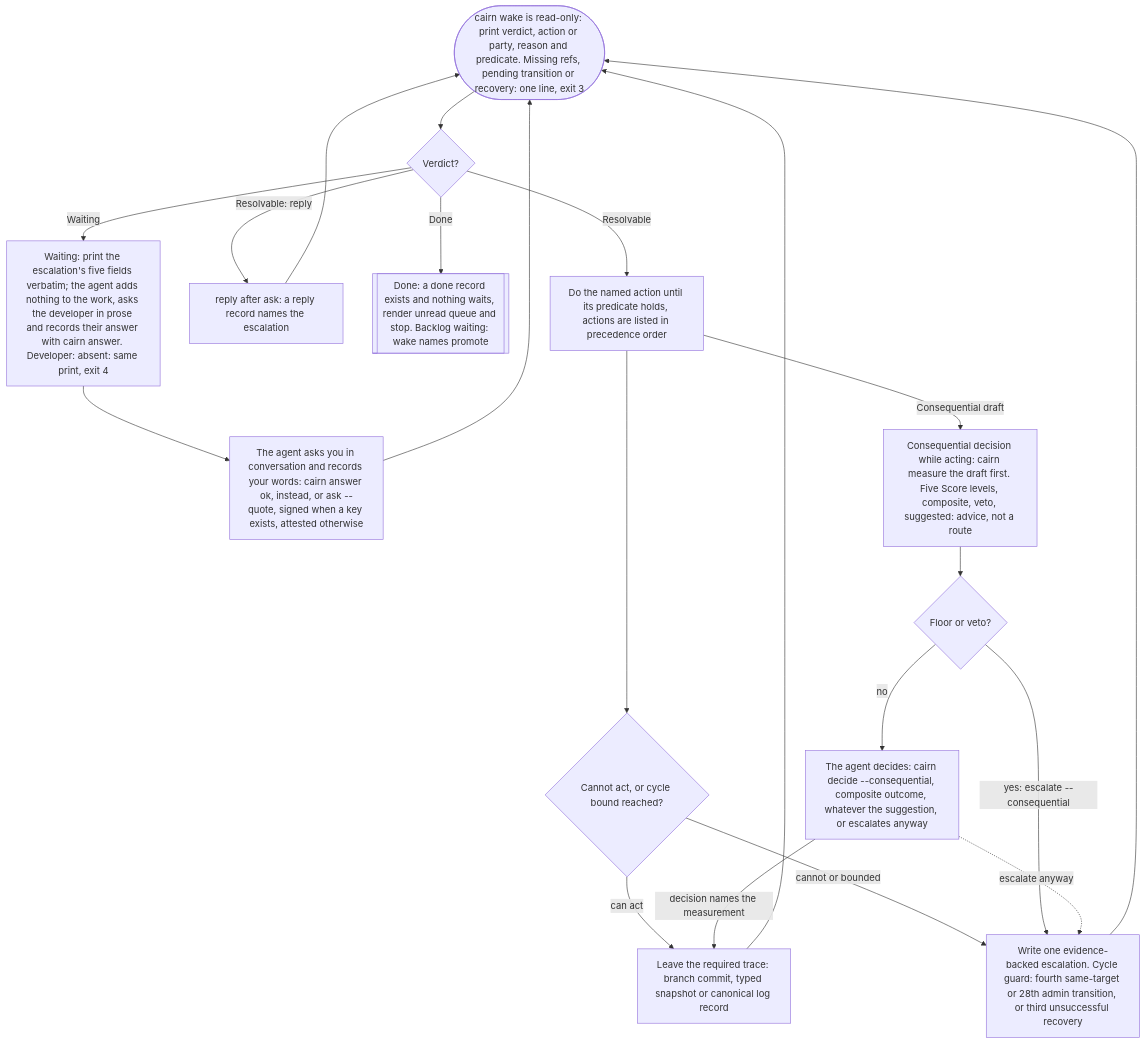
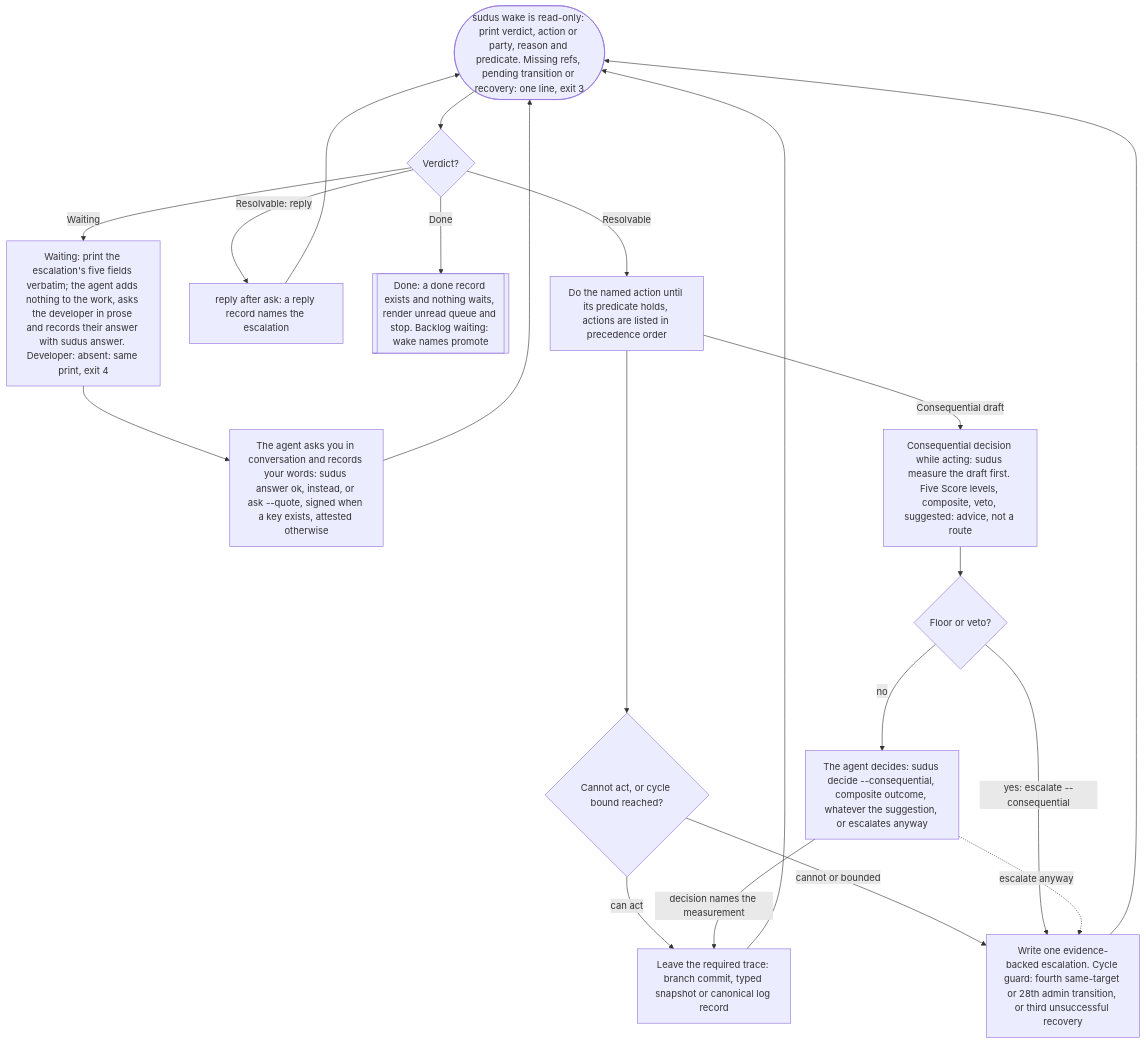
Before and after one commit to eas4ai/cairn: the diagram in README.md, drawn with Mermaid. The commit also changed other lines of this file and 103 other files, not shown here.

First line of the commit message:
Rename Cairn to Sudus across the command, plugins, skills, spec, docs and tests

````diff
--- a/README.md
+++ b/README.md
@@ -222,36 +222,36 @@
 ```mermaid
 flowchart TB
-  wake(["cairn wake is read-only: print verdict, action or party, reason and predicate. Missing refs, pending transition or recovery: one line, exit 3"])
+  wake(["sudus wake is read-only: print verdict, action or party, reason and predicate. Missing refs, pending transition or recovery: one line, exit 3"])
   verdict{"Verdict?"}
-  waiting["Waiting: print the escalation's five fields verbatim; the agent adds nothing to the work, asks the developer in prose and records their answer with cairn answer. Developer: absent: same print, exit 4"]
-  answer["The agent asks you in conversation and records your words: cairn answer ok, instead, or ask --quote, signed when a key exists, attested otherwise"]
+  waiting["Waiting: print the escalation's five fields verbatim; the agent adds nothing to the work, asks the developer in prose and records their answer with sudus answer. Developer: absent: same print, exit 4"]
+  answer["The agent asks you in conversation and records your words: sudus answer ok, instead, or ask --quote, signed when a key exists, attested otherwise"]
   reply["reply after ask: a reply record names the escalation"]
   stop[["Done: a done record exists and nothing waits, render unread queue and stop. Backlog waiting: wake names promote"]]
   act["Do the named action until its predicate holds, actions are listed in precedence order"]
   cannot{"Cannot act, or cycle bound reached?"}
   escalate["Write one evidence-backed escalation. Cycle guard: fourth same-target or 28th admin transition, or third unsuccessful recovery"]
-  measure["Consequential decision while acting: cairn measure the draft first. Five Score levels, composite, veto, suggested: advice, not a route"]
+  measure["Consequential decision while acting: sudus measure the draft first. Five Score levels, composite, veto, suggested: advice, not a route"]
   gate{"Floor or veto?"}
-  decide["The agent decides: cairn decide --consequential, composite outcome, whatever the suggestion, or escalates anyway"]
+  decide["The agent decides: sudus decide --consequential, composite outcome, whatever the suggestion, or escalates anyway"]
   trace["Leave the required trace: branch commit, typed snapshot or canonical log record"]
 
   wake --> verdict
   verdict -->|"Waiting"| waiting
   waiting --> answer
   answer --> wake
   verdict -->|"Resolvable: reply"| reply
   reply --> wake
   verdict -->|"Done"| stop
   verdict -->|"Resolvable"| act
   act --> cannot
   cannot -->|"can act"| trace
   cannot -->|"cannot or bounded"| escalate
   trace --> wake
   escalate --> wake
   act -->|"Consequential draft"| measure
   measure --> gate
   gate -->|"yes: escalate --consequential"| escalate
   gate -->|"no"| decide
   decide -->|"decision names the measurement"| trace
   decide -.->|"escalate anyway"| escalate
 ```
````
